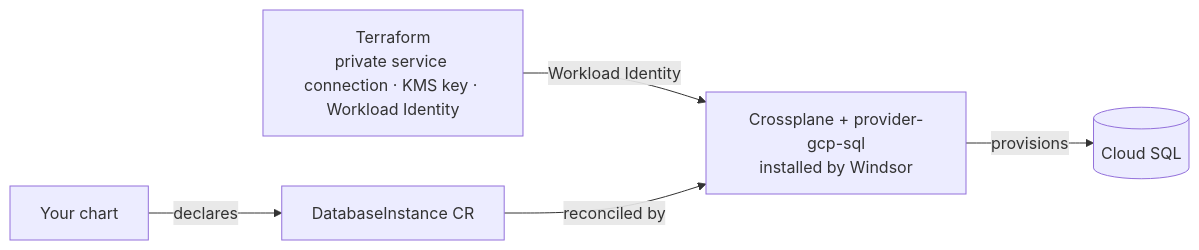
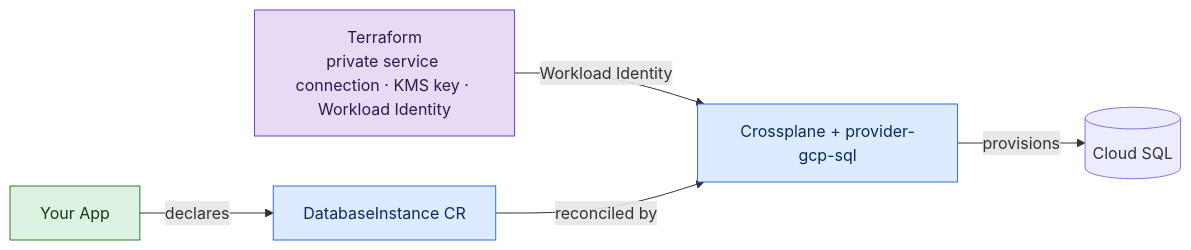
One commit to windsorcli/core changed the diagram in docs/guides/database/cloudsql.md. Above: the diagram before and after it, drawn with Mermaid. The commit also changed other lines of this file and 4 other files, not shown here.

````diff
--- a/docs/guides/database/cloudsql.md
+++ b/docs/guides/database/cloudsql.md
@@ -35,13 +88,19 @@
 ```mermaid
 flowchart LR
   tf[Terraform<br/>private service connection · KMS key · Workload Identity]
-  crossplane[Crossplane + provider-gcp-sql<br/>installed by Windsor]
-  chart[Your chart]
+  crossplane[Crossplane + provider-gcp-sql]
+  app[Your App]
   cr[DatabaseInstance CR]
   gcp[(Cloud SQL)]
 
   tf -->|Workload Identity| crossplane
-  chart -->|declares| cr
+  app -->|declares| cr
   cr -->|reconciled by| crossplane
   crossplane -->|provisions| gcp
+  classDef terraform fill:#E6DAF5,stroke:#7B42BC,color:#2E1A4F
+  classDef k8s fill:#DCEBFF,stroke:#326CE5,color:#0B2A5B
+  classDef app fill:#DDF3E1,stroke:#2E7D32,color:#123D17
+  class tf terraform
+  class crossplane,cr k8s
+  class app app
 ```
````
